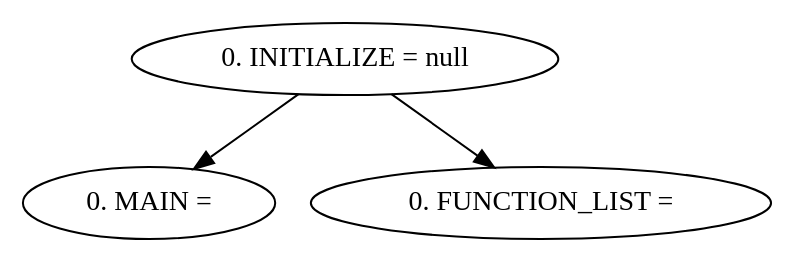
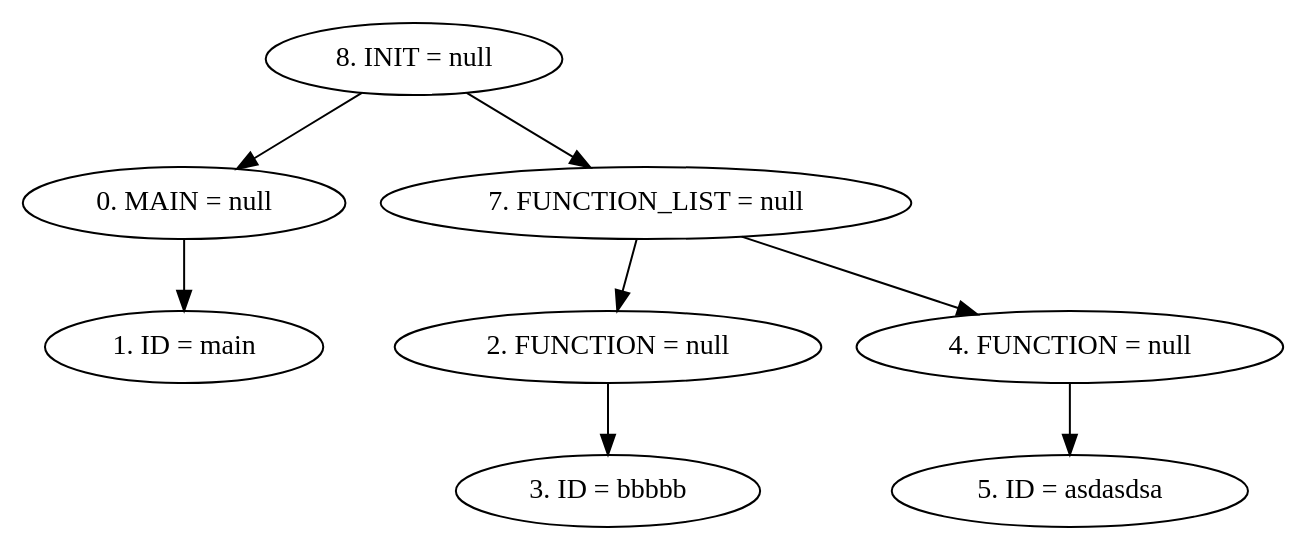
Before and after one commit to Carlosvhz/compiladores_proyecto: the diagram in src/AST/AST.dot, drawn with Graphviz. The commit also changed 5 other files, not shown here.

```diff
--- a/src/AST/AST.dot
+++ b/src/AST/AST.dot
@@ -1,6 +1,11 @@
 digraph G {
-"0. INITIALIZE = null"->"0. MAIN = "
-"0. INITIALIZE = null"->"0. FUNCTION_LIST = "
+"8. INIT = null"->"0. MAIN = null"
+"0. MAIN = null"->"1. ID = main"
+"8. INIT = null"->"7. FUNCTION_LIST = null"
+"7. FUNCTION_LIST = null"->"2. FUNCTION = null"
+"2. FUNCTION = null"->"3. ID = bbbbb"
+"7. FUNCTION_LIST = null"->"4. FUNCTION = null"
+"4. FUNCTION = null"->"5. ID = asdasdsa"
 
 
 }
```
